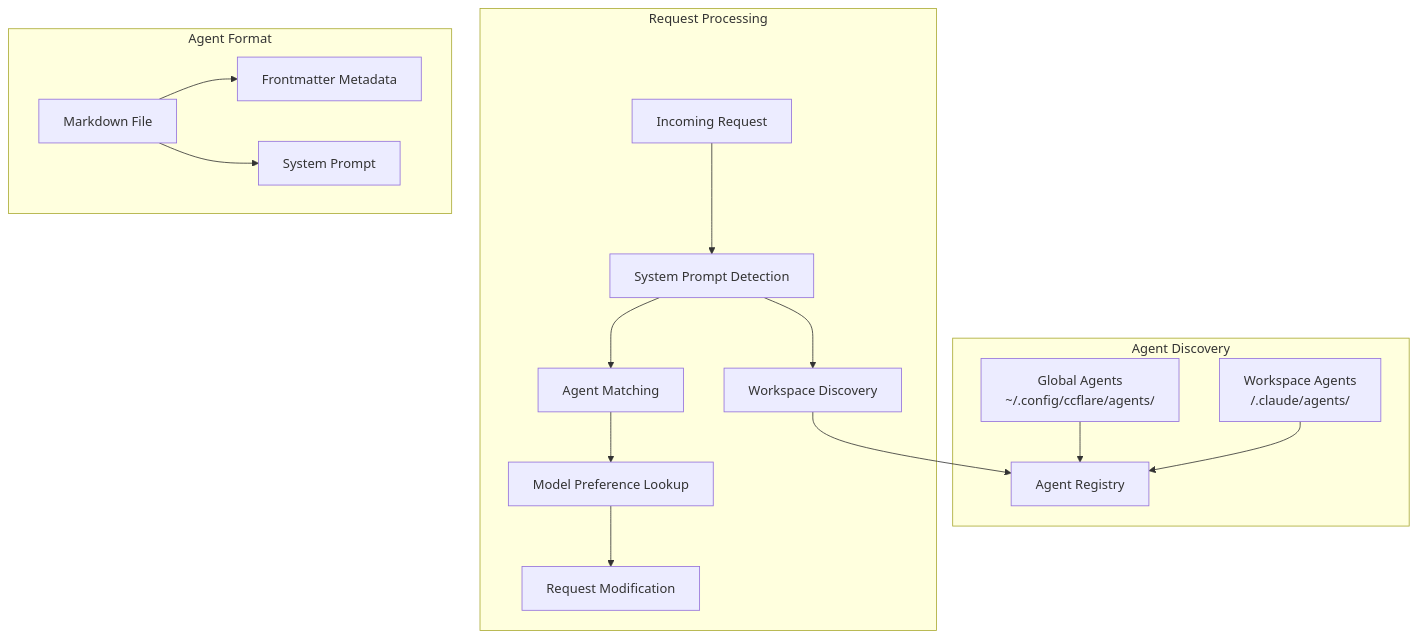
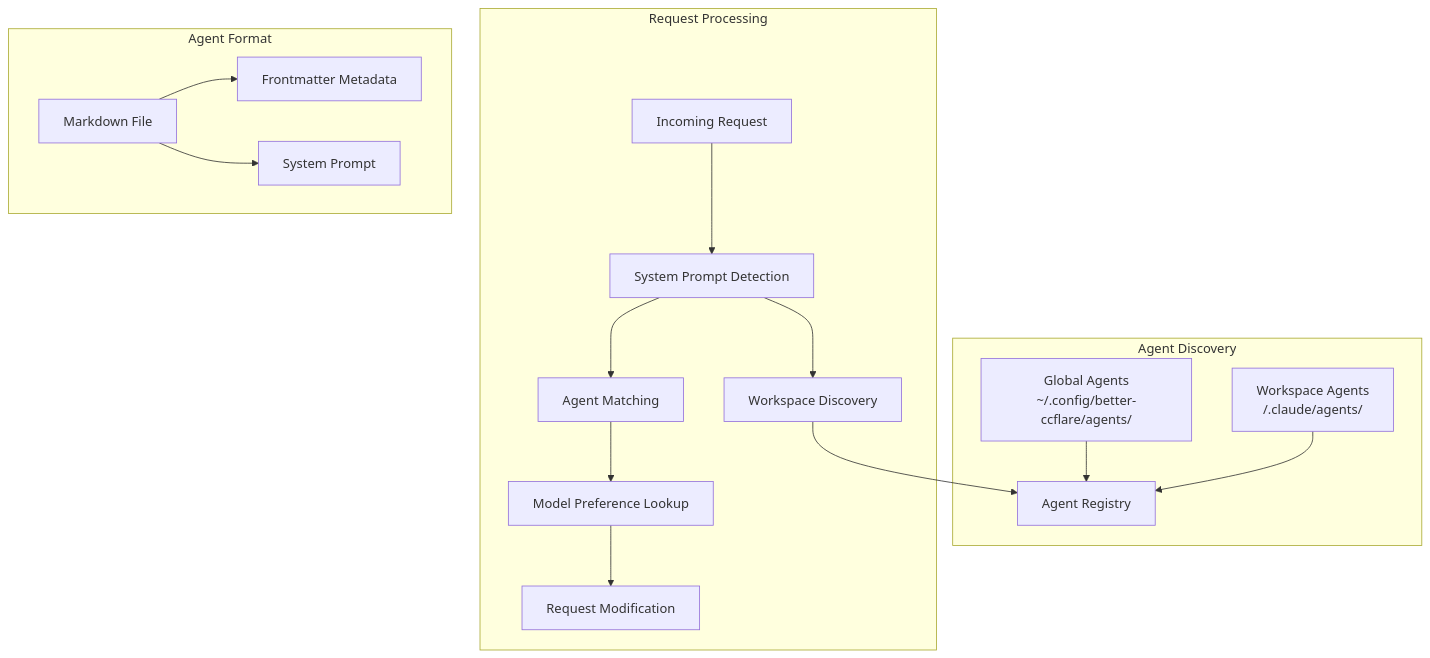
Diagram 19 of 25 in docs/architecture.md (tombii/better-ccflare), drawn with Mermaid before and after one commit. The commit also changed other lines of this file and 23 other files, not shown here.

````diff
--- a/docs/architecture.md
+++ b/docs/architecture.md
@@ -979,35 +979,35 @@
 ```mermaid
 graph TB
     subgraph "Agent Discovery"
-        GLOBAL[Global Agents<br/>~/.config/ccflare/agents/]
+        GLOBAL[Global Agents<br/>~/.config/better-ccflare/agents/]
         WORKSPACE[Workspace Agents<br/><workspace>/.claude/agents/]
         REGISTRY[Agent Registry]
     end
     
     subgraph "Request Processing"
         REQUEST[Incoming Request]
         DETECT[System Prompt Detection]
         WORKSPACE_DISC[Workspace Discovery]
         AGENT_MATCH[Agent Matching]
         MODEL_PREF[Model Preference Lookup]
         MODIFY[Request Modification]
     end
     
     subgraph "Agent Format"
         MD[Markdown File]
         FRONT[Frontmatter Metadata]
         PROMPT[System Prompt]
     end
     
     GLOBAL --> REGISTRY
     WORKSPACE --> REGISTRY
     REQUEST --> DETECT
     DETECT --> WORKSPACE_DISC
     WORKSPACE_DISC --> REGISTRY
     DETECT --> AGENT_MATCH
     AGENT_MATCH --> MODEL_PREF
     MODEL_PREF --> MODIFY
     
     MD --> FRONT
     MD --> PROMPT
 ```
````
